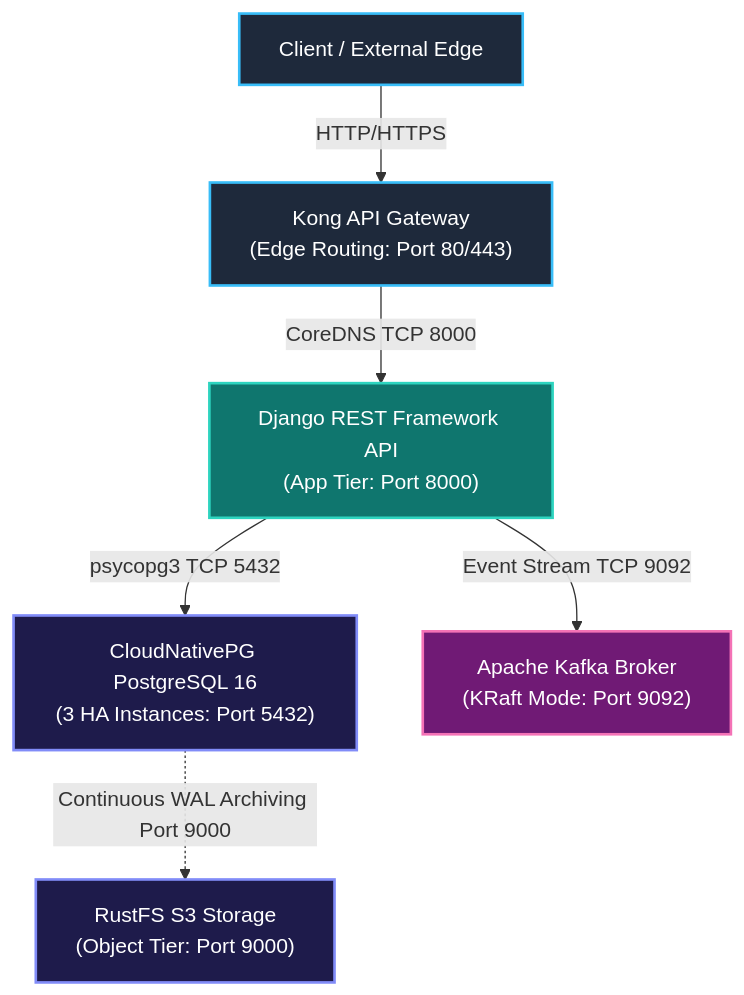
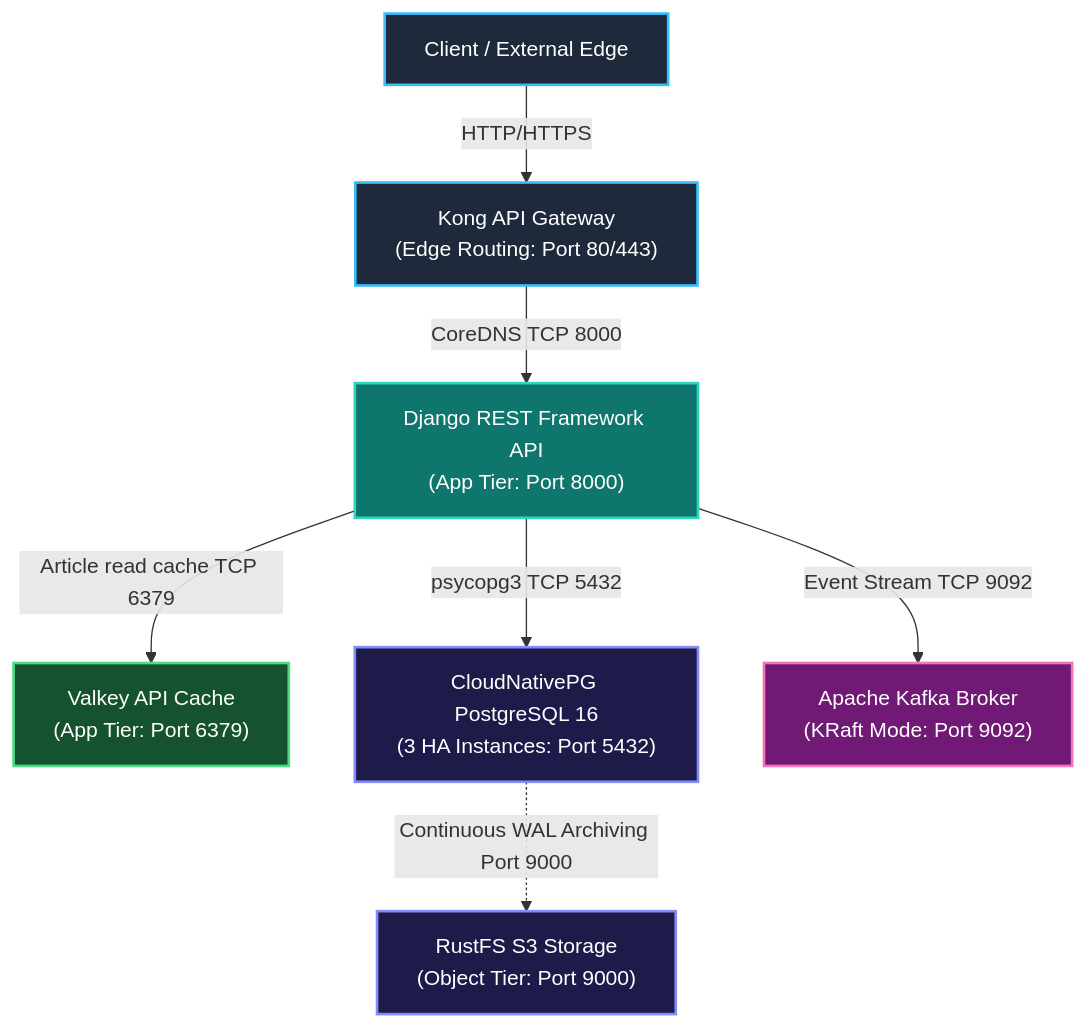
The second of 2 diagrams in docs/architecture.md (abdelkderboukert/cloud-native-resilient-blueprint), drawn with Mermaid before and after one commit. The commit also changed other lines of this file and 11 other files, not shown here.

Commit message:
feat: Add Valkey caching for article API with cache invalidation on writes

````diff
--- a/docs/architecture.md
+++ b/docs/architecture.md
@@ -45,25 +45,29 @@
 ```mermaid
 graph TB
     Client["Client / External Edge"]
     Kong["Kong API Gateway<br/>(Edge Routing: Port 80/443)"]
     Django["Django REST Framework API<br/>(App Tier: Port 8000)"]
+    Cache["Valkey API Cache<br/>(App Tier: Port 6379)"]
     CNPG["CloudNativePG PostgreSQL 16<br/>(3 HA Instances: Port 5432)"]
     Kafka["Apache Kafka Broker<br/>(KRaft Mode: Port 9092)"]
     RustFS["RustFS S3 Storage<br/>(Object Tier: Port 9000)"]
 
     Client -->|HTTP/HTTPS| Kong
     Kong -->|CoreDNS TCP 8000| Django
+    Django -->|Article read cache TCP 6379| Cache
     Django -->|psycopg3 TCP 5432| CNPG
     Django -->|Event Stream TCP 9092| Kafka
     CNPG -.->|Continuous WAL Archiving Port 9000| RustFS
 
     classDef edge fill:#1e293b,stroke:#38bdf8,stroke-width:2px,color:#fff;
     classDef app fill:#0f766e,stroke:#2dd4bf,stroke-width:2px,color:#fff;
+    classDef cache fill:#14532d,stroke:#4ade80,stroke-width:2px,color:#fff;
     classDef data fill:#1e1b4b,stroke:#818cf8,stroke-width:2px,color:#fff;
     classDef msg fill:#701a75,stroke:#f472b6,stroke-width:2px,color:#fff;
 
     class Client,Kong edge;
     class Django app;
+    class Cache cache;
     class CNPG,RustFS data;
     class Kafka msg;
 ```
````
